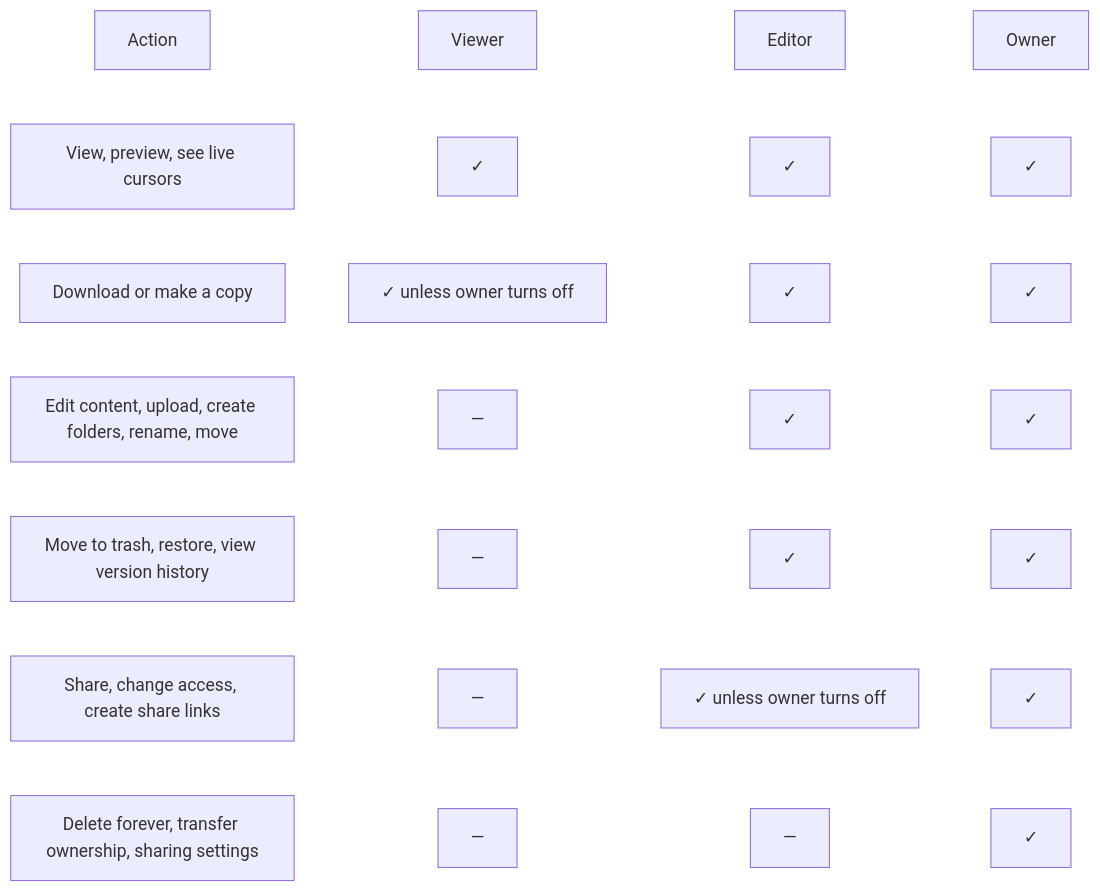
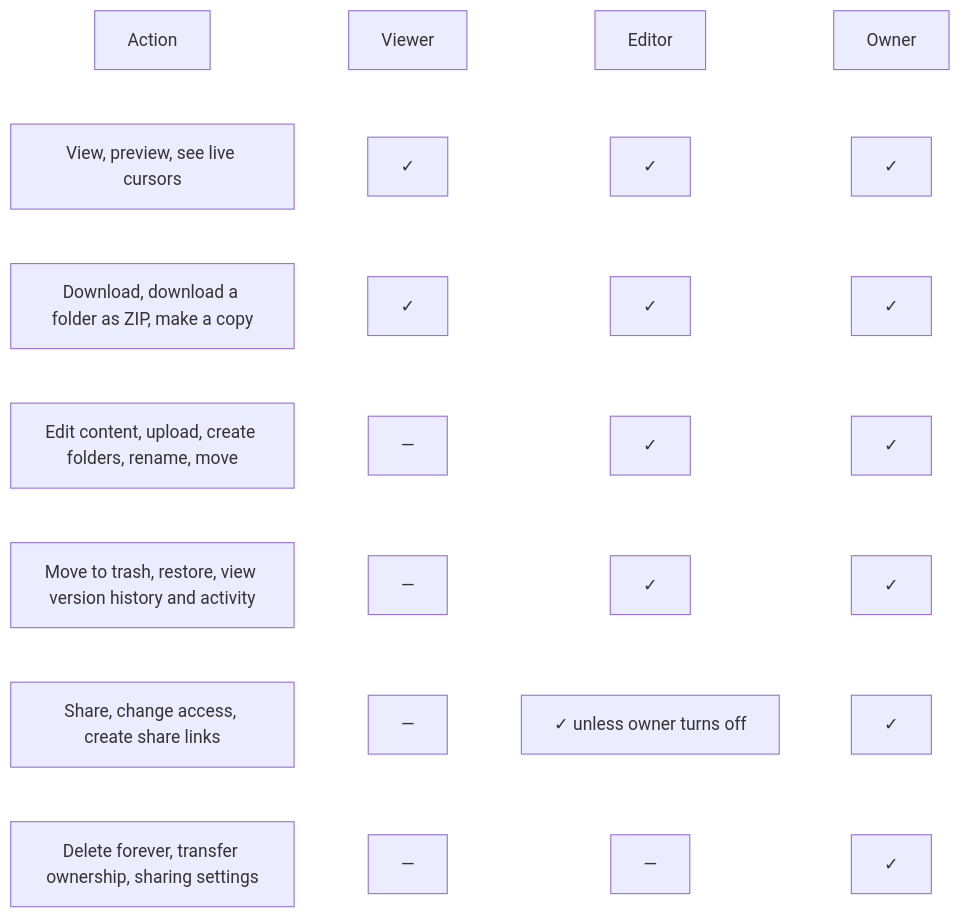
Before and after one commit to Jitesh2Git/devsbucket: the second of 11 diagrams in docs/diagrams.md, drawn with Mermaid. The commit also changed other lines of this file and 5 other files, not shown here.

Commit message:
chore: phase 5 review, docs and diagrams

````diff
--- a/docs/diagrams.md
+++ b/docs/diagrams.md
@@ -48,10 +48,10 @@
 ```mermaid
 flowchart LR
   h0["Action"] ~~~ h1["Viewer"] ~~~ h2["Editor"] ~~~ h3["Owner"]
   r1["View, preview, see live cursors"] ~~~ r1v["✓"] ~~~ r1e["✓"] ~~~ r1o["✓"]
-  r2["Download or make a copy"] ~~~ r2v["✓ unless owner turns off"] ~~~ r2e["✓"] ~~~ r2o["✓"]
+  r2["Download, download a folder as ZIP, make a copy"] ~~~ r2v["✓"] ~~~ r2e["✓"] ~~~ r2o["✓"]
   r3["Edit content, upload, create folders, rename, move"] ~~~ r3v["—"] ~~~ r3e["✓"] ~~~ r3o["✓"]
-  r4["Move to trash, restore, view version history"] ~~~ r4v["—"] ~~~ r4e["✓"] ~~~ r4o["✓"]
+  r4["Move to trash, restore, view version history and activity"] ~~~ r4v["—"] ~~~ r4e["✓"] ~~~ r4o["✓"]
   r5["Share, change access, create share links"] ~~~ r5v["—"] ~~~ r5e["✓ unless owner turns off"] ~~~ r5o["✓"]
   r6["Delete forever, transfer ownership, sharing settings"] ~~~ r6v["—"] ~~~ r6e["—"] ~~~ r6o["✓"]
 ```
````
